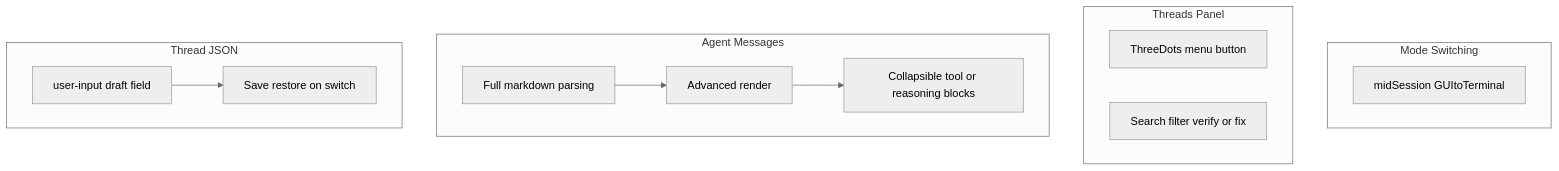
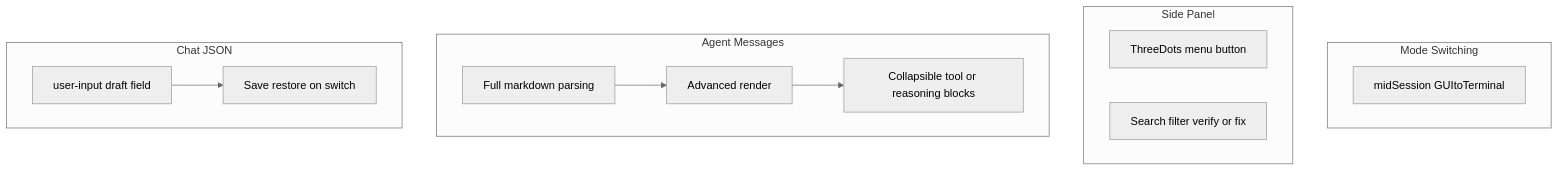
One commit to TeamEZintern/BookWorm-Engineer changed the diagram in .cursor/plans/gui_remaining_features_73744521.plan.md. Above: the diagram before and after it, drawn with Mermaid (neutral theme). The commit also changed other lines of this file and 21 other files, not shown here.

````diff
--- a/.cursor/plans/gui_remaining_features_73744521.plan.md
+++ b/.cursor/plans/gui_remaining_features_73744521.plan.md
@@ -108,22 +108,22 @@
 ```mermaid
 flowchart TB
   subgraph mode [Mode Switching]
     M1[midSession GUItoTerminal]
   end
-  subgraph threads [Threads Panel]
+  subgraph chats [Side Panel]
     T1[ThreeDots menu button]
     T2[Search filter verify or fix]
   end
   subgraph chat [Agent Messages]
     C1[Full markdown parsing]
     C2[Advanced render]
     C3[Collapsible tool or reasoning blocks]
   end
-  subgraph data [Thread JSON]
+  subgraph data [Chat JSON]
     D1[user-input draft field]
     D2[Save restore on switch]
   end
   C1 --> C2
   C2 --> C3
   D1 --> D2
 ```
````
